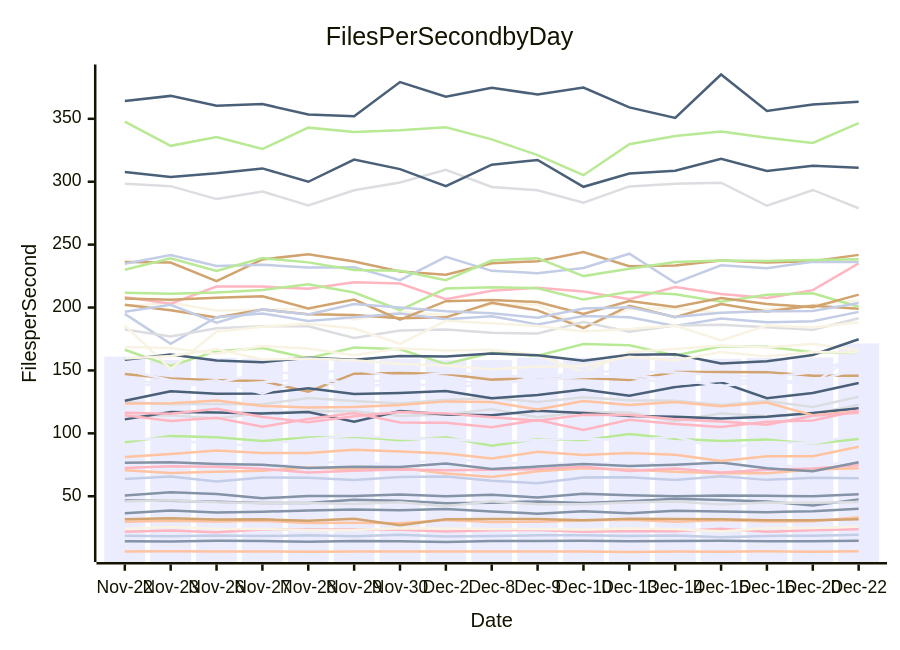
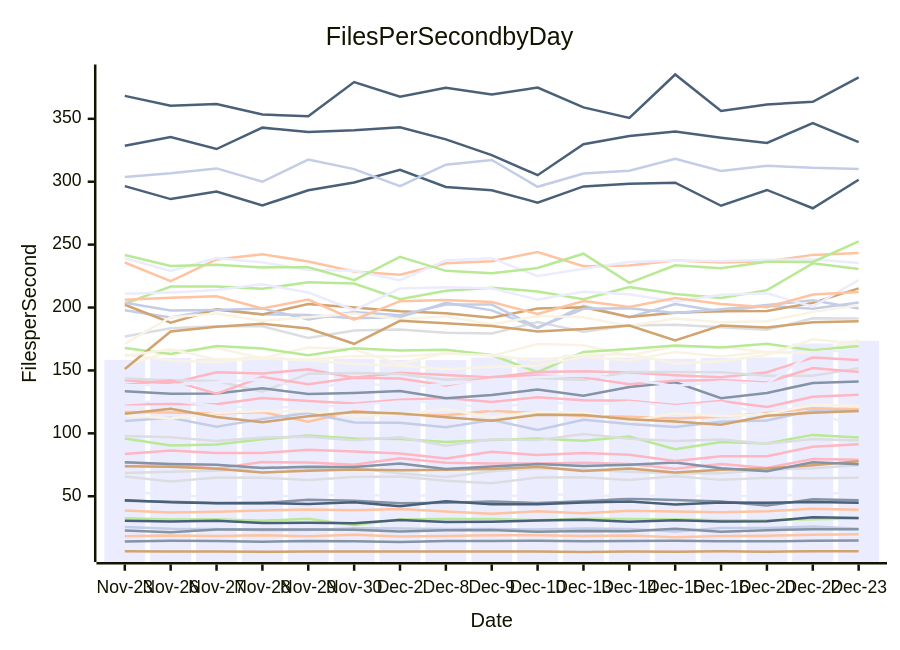
One commit to streetsidesoftware/cspell changed the diagram in perf-report.md. Above: the diagram before and after it, drawn with Mermaid. The commit also changed other lines of this file and 1 other file, not shown here.

````diff
--- a/perf-report.md
+++ b/perf-report.md
@@ -10,57 +10,57 @@
 ```mermaid
 xychart-beta
     title Files Per Second by Day
     y-axis Files per Second
-    x-axis Date [Nov-22, Nov-23, Nov-26, Nov-27, Nov-28, Nov-29, Nov-30, Dec-2, Dec-8, Dec-9, Dec-10, Dec-13, Dec-14, Dec-15, Dec-16, Dec-20, Dec-22]
-    bar [161.07, 158.38, 160.01, 159.51, 160.85, 158.58, 159.25, 158.41, 158.24, 160.26, 160.13, 162.46, 160.30, 159.32, 159.99, 160.32, 171.41]
-    line [14.18, 13.95, 14.61, 14.49, 13.79, 14.45, 14.21, 13.55, 14.37, 14.53, 14.61, 14.25, 14.42, 14.66, 14.20, 14.14, 14.58]
-    line [6.00, 6.29, 6.16, 6.03, 5.90, 6.01, 6.16, 6.12, 6.00, 6.03, 6.11, 5.69, 6.12, 5.85, 6.27, 5.94, 6.19]
-    line [124.88, 123.12, 123.27, 123.12, 128.04, 125.68, 123.73, 126.68, 128.02, 124.91, 128.75, 126.25, 125.99, 122.54, 125.77, 120.95, 129.07]
-    line [347.69, 328.52, 335.50, 325.97, 342.99, 339.55, 340.91, 343.35, 333.69, 321.17, 305.21, 329.78, 336.28, 339.96, 335.03, 330.81, 346.52]
-    line [147.16, 143.68, 142.26, 141.63, 133.10, 147.45, 147.90, 147.19, 142.70, 144.08, 143.97, 142.44, 148.72, 148.74, 148.66, 145.81, 145.83]
-    line [63.78, 65.76, 61.80, 64.96, 64.67, 62.90, 65.22, 65.65, 62.39, 60.36, 64.84, 65.11, 62.93, 65.98, 63.02, 64.70, 64.39]
-    line [21.70, 22.82, 21.29, 23.51, 23.57, 23.50, 23.32, 21.90, 22.93, 23.26, 21.71, 22.48, 22.26, 24.16, 21.86, 22.99, 23.86]
-    line [125.92, 133.37, 131.47, 131.60, 135.88, 131.34, 132.15, 133.58, 127.82, 130.48, 134.87, 129.94, 136.83, 140.59, 128.00, 132.13, 140.04]
-    line [24.23, 25.56, 24.09, 24.00, 22.97, 23.09, 24.60, 24.46, 23.99, 23.97, 23.56, 24.27, 23.97, 21.89, 24.77, 24.75, 25.98]
-    line [75.92, 76.91, 75.07, 72.02, 77.23, 76.76, 75.06, 80.27, 76.65, 75.94, 76.12, 76.57, 75.62, 71.86, 75.70, 72.52, 79.52]
-    line [50.67, 53.20, 51.79, 48.42, 50.26, 50.21, 51.36, 49.95, 51.18, 48.94, 51.93, 50.78, 49.91, 50.66, 50.34, 50.02, 51.61]
-    line [70.73, 68.53, 69.45, 70.29, 72.76, 71.50, 72.49, 68.01, 65.32, 69.78, 72.32, 70.99, 69.49, 68.20, 68.29, 71.18, 72.28]
-    line [113.80, 114.46, 111.80, 116.19, 117.82, 117.56, 113.82, 115.04, 119.17, 112.82, 116.99, 116.61, 109.61, 115.93, 113.66, 115.36, 122.68]
-    line [92.88, 97.96, 96.91, 93.91, 96.71, 97.20, 94.57, 96.80, 90.09, 95.39, 94.62, 99.56, 95.79, 93.99, 95.03, 91.66, 95.50]
-    line [236.13, 235.78, 220.97, 238.24, 242.33, 236.55, 228.65, 226.03, 235.13, 236.77, 244.11, 232.83, 233.41, 237.39, 235.87, 236.73, 241.85]
-    line [18.52, 18.27, 18.83, 18.32, 19.02, 18.13, 19.36, 18.09, 18.49, 18.92, 19.04, 18.41, 18.71, 17.35, 18.44, 18.66, 19.39]
-    line [72.41, 73.90, 73.49, 71.80, 68.80, 70.33, 71.28, 70.66, 70.99, 71.64, 73.38, 70.10, 71.99, 68.96, 71.11, 72.00, 74.62]
-    line [111.11, 117.00, 116.48, 115.76, 116.91, 109.21, 117.71, 115.04, 114.43, 117.93, 116.17, 113.85, 113.19, 111.86, 113.23, 116.22, 119.95]
-    line [201.26, 203.88, 197.62, 198.09, 199.18, 190.53, 196.53, 193.86, 202.32, 202.37, 184.12, 199.02, 199.50, 195.58, 198.56, 202.04, 205.76]
-    line [95.37, 95.97, 90.32, 91.22, 95.22, 98.38, 95.87, 95.57, 93.03, 94.71, 95.93, 94.05, 97.42, 87.40, 93.20, 92.02, 98.77]
-    line [76.58, 77.00, 75.69, 74.97, 72.54, 73.38, 73.35, 76.02, 71.59, 73.55, 75.54, 73.95, 75.07, 76.77, 72.26, 69.84, 77.03]
-    line [29.67, 30.46, 29.86, 30.48, 28.76, 28.98, 28.47, 31.13, 29.50, 29.81, 30.70, 31.34, 29.78, 30.86, 29.89, 30.20, 33.22]
-    line [298.41, 296.48, 286.19, 292.24, 281.16, 293.25, 299.40, 309.39, 295.84, 293.27, 283.38, 296.25, 298.40, 299.27, 280.90, 293.45, 278.89]
-    line [166.41, 153.59, 165.34, 167.76, 159.74, 168.29, 166.84, 155.06, 164.08, 161.66, 171.02, 169.99, 161.97, 169.28, 168.79, 164.45, 163.90]
-    line [202.16, 197.78, 192.08, 198.49, 194.68, 194.09, 191.43, 192.21, 203.69, 197.75, 183.65, 201.42, 192.31, 202.71, 196.90, 201.49, 199.06]
-    line [194.96, 171.19, 192.32, 195.34, 189.35, 192.30, 195.25, 190.71, 193.15, 186.55, 193.19, 192.23, 185.43, 191.26, 188.26, 189.10, 196.56]
-    line [208.25, 203.01, 216.67, 216.64, 214.89, 220.14, 219.09, 206.67, 213.42, 215.72, 212.77, 206.57, 216.35, 210.81, 207.51, 213.81, 235.09]
-    line [307.69, 303.77, 306.69, 310.59, 299.95, 317.57, 310.02, 296.47, 313.58, 317.30, 295.96, 306.54, 308.67, 318.29, 308.47, 312.68, 311.01]
-    line [168.69, 167.81, 163.00, 169.37, 167.40, 162.13, 167.55, 165.94, 166.49, 162.27, 148.64, 164.74, 167.10, 169.90, 168.25, 171.20, 165.98]
-    line [150.38, 142.14, 139.88, 148.61, 147.55, 150.86, 144.17, 148.12, 146.38, 144.41, 148.76, 149.26, 148.44, 146.25, 144.57, 148.51, 160.26]
-    line [36.55, 38.70, 37.18, 37.74, 38.63, 39.45, 38.80, 39.93, 37.87, 36.13, 38.10, 36.47, 38.38, 37.81, 37.32, 38.13, 39.99]
-    line [123.77, 123.92, 126.14, 121.82, 120.62, 120.89, 122.51, 125.41, 124.96, 118.90, 125.77, 122.50, 124.97, 121.63, 124.44, 114.40, 117.66]
-    line [182.60, 177.02, 183.57, 185.12, 185.03, 175.76, 181.77, 182.47, 179.95, 179.31, 188.38, 180.77, 185.77, 186.35, 184.33, 182.33, 191.53]
-    line [211.74, 210.99, 212.04, 213.89, 218.50, 211.90, 198.01, 215.07, 216.21, 215.29, 206.31, 212.61, 210.51, 204.56, 210.18, 211.34, 200.66]
-    line [207.11, 206.14, 207.83, 208.99, 199.30, 206.34, 190.41, 205.06, 206.03, 204.37, 194.91, 205.14, 200.36, 207.64, 202.85, 200.31, 210.29]
-    line [234.88, 241.77, 233.01, 234.04, 231.90, 232.03, 221.81, 240.23, 229.14, 227.27, 231.37, 242.80, 219.56, 233.62, 231.32, 236.32, 236.26]
-    line [114.47, 109.88, 112.40, 105.21, 111.47, 116.12, 108.62, 108.44, 104.81, 110.68, 102.65, 110.81, 107.51, 105.11, 109.29, 110.23, 118.20]
-    line [364.19, 368.22, 360.42, 361.78, 353.39, 352.03, 379.23, 367.49, 374.69, 369.34, 374.83, 359.05, 350.76, 385.22, 356.23, 361.41, 363.52]
-    line [185.79, 151.12, 180.91, 184.73, 187.07, 183.30, 171.17, 189.43, 187.46, 185.27, 181.05, 182.93, 185.74, 173.94, 185.68, 184.19, 188.28]
-    line [138.55, 138.37, 142.22, 131.52, 144.79, 139.07, 144.20, 143.55, 138.09, 144.82, 146.07, 144.49, 139.02, 141.78, 142.36, 140.50, 151.95]
-    line [46.58, 46.39, 45.62, 44.62, 44.61, 47.22, 46.33, 44.42, 44.87, 45.90, 44.67, 46.00, 48.05, 47.07, 45.85, 42.75, 47.52]
-    line [81.28, 83.53, 86.46, 84.38, 84.35, 87.05, 85.49, 84.05, 80.02, 85.30, 82.71, 84.32, 82.91, 77.95, 81.87, 81.89, 89.30]
-    line [45.87, 46.91, 45.25, 44.50, 44.73, 43.85, 45.20, 42.00, 46.02, 43.67, 43.68, 45.02, 45.75, 43.43, 44.94, 44.85, 45.35]
-    line [230.05, 239.20, 229.08, 239.26, 235.89, 229.81, 229.18, 221.75, 237.38, 239.25, 224.99, 230.85, 236.16, 237.46, 237.06, 237.81, 238.36]
-    line [31.75, 32.47, 31.60, 31.68, 30.55, 32.17, 27.01, 31.76, 31.99, 31.99, 30.84, 32.08, 31.89, 31.67, 31.01, 31.00, 31.79]
-    line [196.64, 202.22, 187.96, 198.52, 194.49, 202.79, 200.07, 197.01, 195.46, 191.88, 199.25, 200.18, 192.55, 195.85, 196.96, 197.31, 203.68]
-    line [116.44, 115.65, 119.47, 113.07, 108.78, 113.61, 117.05, 115.87, 112.86, 110.11, 114.79, 114.58, 111.22, 109.33, 106.79, 113.91, 116.30]
-    line [158.58, 162.75, 157.87, 156.54, 160.15, 158.52, 161.43, 161.03, 163.37, 162.01, 157.69, 162.41, 162.92, 155.61, 157.24, 162.25, 174.81]
-    line [159.52, 161.45, 166.78, 158.69, 159.56, 158.17, 155.13, 153.99, 150.95, 152.99, 153.72, 160.91, 157.90, 164.74, 161.04, 164.69, 164.20]
-    line [143.12, 138.28, 138.39, 140.67, 142.96, 135.37, 140.89, 136.51, 139.19, 142.56, 144.70, 146.06, 142.91, 137.61, 141.27, 139.39, 164.22]
+    x-axis Date [Nov-23, Nov-26, Nov-27, Nov-28, Nov-29, Nov-30, Dec-2, Dec-8, Dec-9, Dec-10, Dec-13, Dec-14, Dec-15, Dec-16, Dec-20, Dec-22, Dec-23]
+    bar [158.38, 160.01, 159.51, 160.85, 158.58, 159.25, 158.41, 158.24, 160.26, 160.13, 162.46, 160.30, 159.32, 159.99, 160.32, 171.41, 173.53]
+    line [46.39, 45.62, 44.62, 44.61, 47.22, 46.33, 44.42, 44.87, 45.90, 44.67, 46.00, 48.05, 47.07, 45.85, 42.75, 47.52, 46.92]
+    line [18.27, 18.83, 18.32, 19.02, 18.13, 19.36, 18.09, 18.49, 18.92, 19.04, 18.41, 18.71, 17.35, 18.44, 18.66, 19.39, 19.85]
+    line [68.53, 69.45, 70.29, 72.76, 71.50, 72.49, 68.01, 65.32, 69.78, 72.32, 70.99, 69.49, 68.20, 68.29, 71.18, 72.28, 74.73]
+    line [32.47, 31.60, 31.68, 30.55, 32.17, 27.01, 31.76, 31.99, 31.99, 30.84, 32.08, 31.89, 31.67, 31.01, 31.00, 31.79, 32.41]
+    line [6.29, 6.16, 6.03, 5.90, 6.01, 6.16, 6.12, 6.00, 6.03, 6.11, 5.69, 6.12, 5.85, 6.27, 5.94, 6.19, 6.21]
+    line [25.56, 24.09, 24.00, 22.97, 23.09, 24.60, 24.46, 23.99, 23.97, 23.56, 24.27, 23.97, 21.89, 24.77, 24.75, 25.98, 24.27]
+    line [76.91, 75.07, 72.02, 77.23, 76.76, 75.06, 80.27, 76.65, 75.94, 76.12, 76.57, 75.62, 71.86, 75.70, 72.52, 79.52, 78.97]
+    line [328.52, 335.50, 325.97, 342.99, 339.55, 340.91, 343.35, 333.69, 321.17, 305.21, 329.78, 336.28, 339.96, 335.03, 330.81, 346.52, 331.41]
+    line [153.59, 165.34, 167.76, 159.74, 168.29, 166.84, 155.06, 164.08, 161.66, 171.02, 169.99, 161.97, 169.28, 168.79, 164.45, 163.90, 174.21]
+    line [53.20, 51.79, 48.42, 50.26, 50.21, 51.36, 49.95, 51.18, 48.94, 51.93, 50.78, 49.91, 50.66, 50.34, 50.02, 51.61, 53.14]
+    line [22.82, 21.29, 23.51, 23.57, 23.50, 23.32, 21.90, 22.93, 23.26, 21.71, 22.48, 22.26, 24.16, 21.86, 22.99, 23.86, 23.78]
+    line [117.00, 116.48, 115.76, 116.91, 109.21, 117.71, 115.04, 114.43, 117.93, 116.17, 113.85, 113.19, 111.86, 113.23, 116.22, 119.95, 119.08]
+    line [65.76, 61.80, 64.96, 64.67, 62.90, 65.22, 65.65, 62.39, 60.36, 64.84, 65.11, 62.93, 65.98, 63.02, 64.70, 64.39, 64.73]
+    line [167.81, 163.00, 169.37, 167.40, 162.13, 167.55, 165.94, 166.49, 162.27, 148.64, 164.74, 167.10, 169.90, 168.25, 171.20, 165.98, 169.45]
+    line [73.90, 73.49, 71.80, 68.80, 70.33, 71.28, 70.66, 70.99, 71.64, 73.38, 70.10, 71.99, 68.96, 71.11, 72.00, 74.62, 77.83]
+    line [197.78, 192.08, 198.49, 194.68, 194.09, 191.43, 192.21, 203.69, 197.75, 183.65, 201.42, 192.31, 202.71, 196.90, 201.49, 199.06, 203.95]
+    line [123.12, 123.27, 123.12, 128.04, 125.68, 123.73, 126.68, 128.02, 124.91, 128.75, 126.25, 125.99, 122.54, 125.77, 120.95, 129.07, 130.68]
+    line [296.48, 286.19, 292.24, 281.16, 293.25, 299.40, 309.39, 295.84, 293.27, 283.38, 296.25, 298.40, 299.27, 280.90, 293.45, 278.89, 301.60]
+    line [162.75, 157.87, 156.54, 160.15, 158.52, 161.43, 161.03, 163.37, 162.01, 157.69, 162.41, 162.92, 155.61, 157.24, 162.25, 174.81, 171.09]
+    line [123.92, 126.14, 121.82, 120.62, 120.89, 122.51, 125.41, 124.96, 118.90, 125.77, 122.50, 124.97, 121.63, 124.44, 114.40, 117.66, 104.37]
+    line [77.00, 75.69, 74.97, 72.54, 73.38, 73.35, 76.02, 71.59, 73.55, 75.54, 73.95, 75.07, 76.77, 72.26, 69.84, 77.03, 75.50]
+    line [235.78, 220.97, 238.24, 242.33, 236.55, 228.65, 226.03, 235.13, 236.77, 244.11, 232.83, 233.41, 237.39, 235.87, 236.73, 241.85, 243.26]
+    line [177.02, 183.57, 185.12, 185.03, 175.76, 181.77, 182.47, 179.95, 179.31, 188.38, 180.77, 185.77, 186.35, 184.33, 182.33, 191.53, 191.35]
+    line [203.01, 216.67, 216.64, 214.89, 220.14, 219.09, 206.67, 213.42, 215.72, 212.77, 206.57, 216.35, 210.81, 207.51, 213.81, 235.09, 230.54]
+    line [202.22, 187.96, 198.52, 194.49, 202.79, 200.07, 197.01, 195.46, 191.88, 199.25, 200.18, 192.55, 195.85, 196.96, 197.31, 203.68, 215.20]
+    line [203.88, 197.62, 198.09, 199.18, 190.53, 196.53, 193.86, 202.32, 202.37, 184.12, 199.02, 199.50, 195.58, 198.56, 202.04, 205.76, 199.19]
+    line [142.14, 139.88, 148.61, 147.55, 150.86, 144.17, 148.12, 146.38, 144.41, 148.76, 149.26, 148.44, 146.25, 144.57, 148.51, 160.26, 158.33]
+    line [30.46, 29.86, 30.48, 28.76, 28.98, 28.47, 31.13, 29.50, 29.81, 30.70, 31.34, 29.78, 30.86, 29.89, 30.20, 33.22, 32.66]
+    line [171.19, 192.32, 195.34, 189.35, 192.30, 195.25, 190.71, 193.15, 186.55, 193.19, 192.23, 185.43, 191.26, 188.26, 189.10, 196.56, 201.71]
+    line [210.99, 212.04, 213.89, 218.50, 211.90, 198.01, 215.07, 216.21, 215.29, 206.31, 212.61, 210.51, 204.56, 210.18, 211.34, 200.66, 221.89]
+    line [13.95, 14.61, 14.49, 13.79, 14.45, 14.21, 13.55, 14.37, 14.53, 14.61, 14.25, 14.42, 14.66, 14.20, 14.14, 14.58, 14.74]
+    line [206.14, 207.83, 208.99, 199.30, 206.34, 190.41, 205.06, 206.03, 204.37, 194.91, 205.14, 200.36, 207.64, 202.85, 200.31, 210.29, 212.36]
+    line [143.68, 142.26, 141.63, 133.10, 147.45, 147.90, 147.19, 142.70, 144.08, 143.97, 142.44, 148.72, 148.74, 148.66, 145.81, 145.83, 151.69]
+    line [95.97, 90.32, 91.22, 95.22, 98.38, 95.87, 95.57, 93.03, 94.71, 95.93, 94.05, 97.42, 87.40, 93.20, 92.02, 98.77, 96.61]
+    line [151.12, 180.91, 184.73, 187.07, 183.30, 171.17, 189.43, 187.46, 185.27, 181.05, 182.93, 185.74, 173.94, 185.68, 184.19, 188.28, 189.18]
+    line [109.88, 112.40, 105.21, 111.47, 116.12, 108.62, 108.44, 104.81, 110.68, 102.65, 110.81, 107.51, 105.11, 109.29, 110.23, 118.20, 117.82]
+    line [83.53, 86.46, 84.38, 84.35, 87.05, 85.49, 84.05, 80.02, 85.30, 82.71, 84.32, 82.91, 77.95, 81.87, 81.89, 89.30, 91.41]
+    line [46.91, 45.25, 44.50, 44.73, 43.85, 45.20, 42.00, 46.02, 43.67, 43.68, 45.02, 45.75, 43.43, 44.94, 44.85, 45.35, 44.74]
+    line [114.46, 111.80, 116.19, 117.82, 117.56, 113.82, 115.04, 119.17, 112.82, 116.99, 116.61, 109.61, 115.93, 113.66, 115.36, 122.68, 121.86]
+    line [239.20, 229.08, 239.26, 235.89, 229.81, 229.18, 221.75, 237.38, 239.25, 224.99, 230.85, 236.16, 237.46, 237.06, 237.81, 238.36, 235.46]
+    line [133.37, 131.47, 131.60, 135.88, 131.34, 132.15, 133.58, 127.82, 130.48, 134.87, 129.94, 136.83, 140.59, 128.00, 132.13, 140.04, 141.29]
+    line [38.70, 37.18, 37.74, 38.63, 39.45, 38.80, 39.93, 37.87, 36.13, 38.10, 36.47, 38.38, 37.81, 37.32, 38.13, 39.99, 39.24]
+    line [97.96, 96.91, 93.91, 96.71, 97.20, 94.57, 96.80, 90.09, 95.39, 94.62, 99.56, 95.79, 93.99, 95.03, 91.66, 95.50, 94.40]
+    line [241.77, 233.01, 234.04, 231.90, 232.03, 221.81, 240.23, 229.14, 227.27, 231.37, 242.80, 219.56, 233.62, 231.32, 236.32, 236.26, 252.62]
+    line [115.65, 119.47, 113.07, 108.78, 113.61, 117.05, 115.87, 112.86, 110.11, 114.79, 114.58, 111.22, 109.33, 106.79, 113.91, 116.30, 117.69]
+    line [303.77, 306.69, 310.59, 299.95, 317.57, 310.02, 296.47, 313.58, 317.30, 295.96, 306.54, 308.67, 318.29, 308.47, 312.68, 311.01, 310.18]
+    line [138.37, 142.22, 131.52, 144.79, 139.07, 144.20, 143.55, 138.09, 144.82, 146.07, 144.49, 139.02, 141.78, 142.36, 140.50, 151.95, 148.75]
+    line [368.22, 360.42, 361.78, 353.39, 352.03, 379.23, 367.49, 374.69, 369.34, 374.83, 359.05, 350.76, 385.22, 356.23, 361.41, 363.52, 382.92]
+    line [161.45, 166.78, 158.69, 159.56, 158.17, 155.13, 153.99, 150.95, 152.99, 153.72, 160.91, 157.90, 164.74, 161.04, 164.69, 164.20, 166.70]
+    line [138.28, 138.39, 140.67, 142.96, 135.37, 140.89, 136.51, 139.19, 142.56, 144.70, 146.06, 142.91, 137.61, 141.27, 139.39, 164.22, 166.56]
 ```
````
